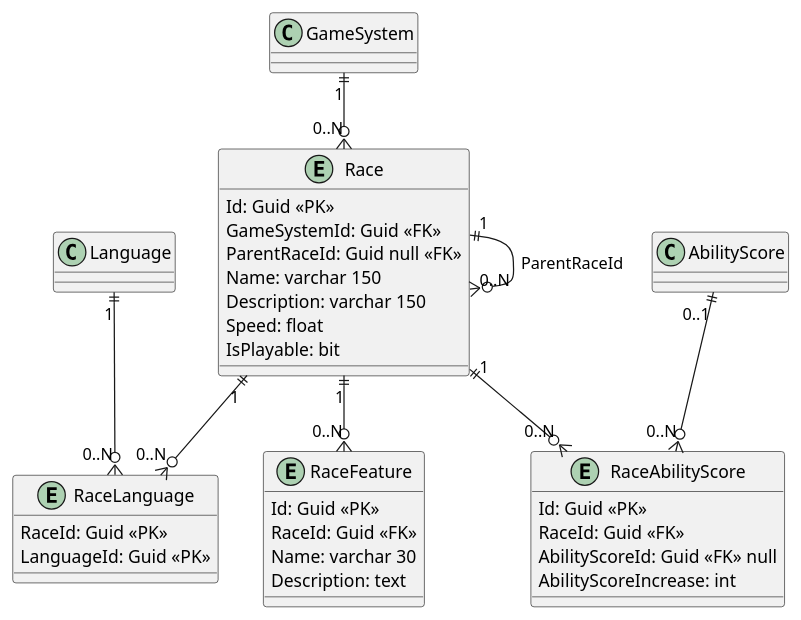
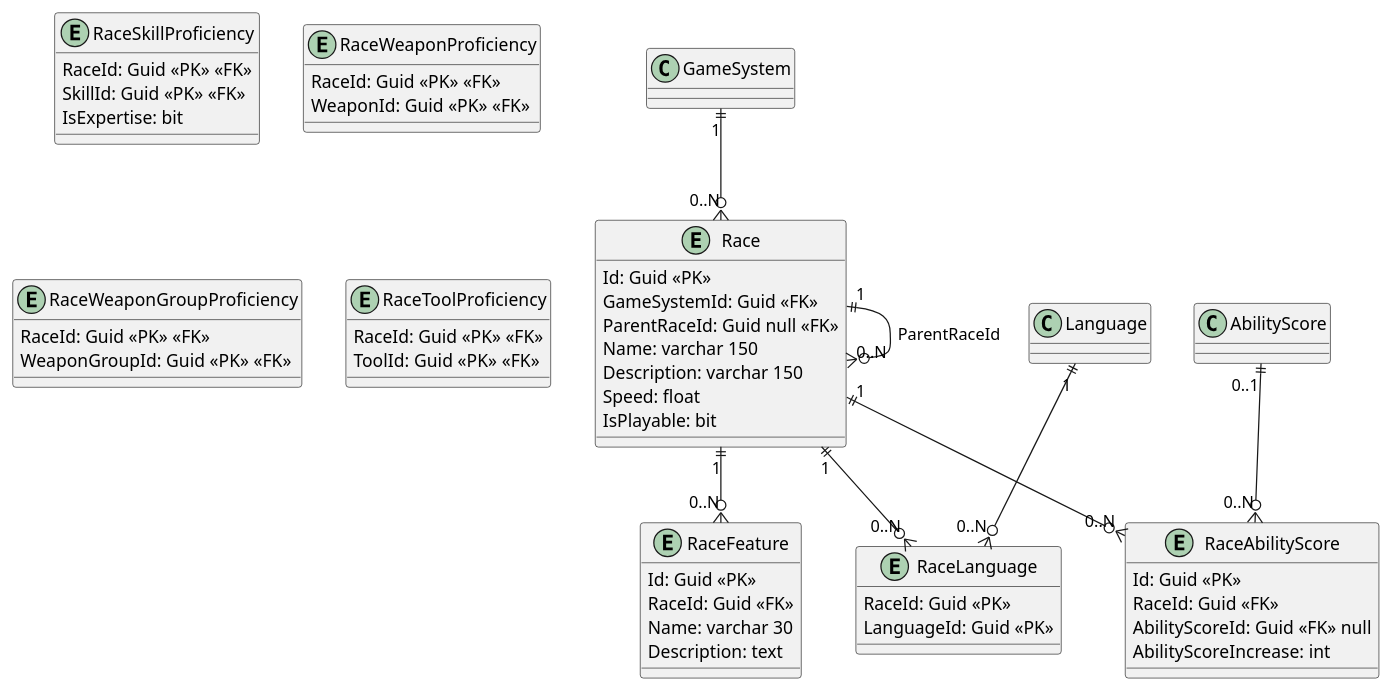
The diagram in Diagrams/Race_Diagram.puml (LucasZottis/RPGManager), drawn with PlantUML before and after one commit. The commit also changed 61 other files, not shown here.

```diff
--- a/Diagrams/Race_Diagram.puml
+++ b/Diagrams/Race_Diagram.puml
@@ -1,85 +1,88 @@
 @startuml Race_Diagram.puml
 entity Race {
     Id: Guid <<PK>>
     GameSystemId: Guid <<FK>>
     ParentRaceId: Guid null <<FK>>
     Name: varchar 150
     Description: varchar 150
     Speed: float
     IsPlayable: bit
 }
 
 entity RaceLanguage {
     RaceId: Guid <<PK>>
     LanguageId: Guid <<PK>>
 }
 
 entity RaceAbilityScore {
     Id: Guid <<PK>>
     RaceId: Guid <<FK>>
     AbilityScoreId: Guid <<FK>> null
     AbilityScoreIncrease: int
 }
 
 entity RaceFeature {
     Id: Guid <<PK>>
     RaceId: Guid <<FK>>
     Name: varchar 30
     Description: text
 }
 
-'entity RaceWeaponSkill {
-'    RaceId: Guid <<PK>> <<FK>>
-'    WeaponSkillId: Guid <<PK>> <<FK>>
-'    IsExpertise: bit
-'}
+entity RaceSkillProficiency {
+    RaceId: Guid <<PK>> <<FK>>
+    SkillId: Guid <<PK>> <<FK>>
+    IsExpertise: bit
+}
 
-'entity RaceSkill {
-'    RaceId: Guid <<PK>> <<FK>>
-'    SkillId: Guid <<PK>> <<FK>>
-'    IsExpertise: bit
-'}
+entity RaceWeaponProficiency {
+    RaceId: Guid <<PK>> <<FK>>
+    WeaponId: Guid <<PK>> <<FK>>
+}
 
-'entity RaceToolSkill {
-'    RaceId: Guid <<PK>> <<FK>>
-'    ToolSkillId: Guid <<PK>> <<FK>>
-'    IsExpertise: bit
-'}
+entity RaceWeaponGroupProficiency {
+    RaceId: Guid <<PK>> <<FK>>
+    WeaponGroupId: Guid <<PK>> <<FK>>
+}
+
+entity RaceToolProficiency {
+    RaceId: Guid <<PK>> <<FK>>
+    ToolId: Guid <<PK>> <<FK>>
+}
 
 'entity RaceTrick {
 '    RaceId: Guid <<PK>> <<FK>>
 '    TrickId: Guid <<PK>> <<FK>>
 '}
 
 'entity RaceSpell {
 '    RaceId: Guid <<PK>> <<FK>>
 '    SpellId: Guid <<PK>> <<FK>>
 '}
 
 GameSystem "1" ||--o{ "0..N" Race
 
 Race "1" ||--o{ "0..N" Race : ParentRaceId
 
 Race "1" ||--o{ "0..N" RaceLanguage
 Language "1" ||--o{ "0..N" RaceLanguage
 
 Race "1" ||--o{ "0..N" RaceAbilityScore
 AbilityScore "0..1" ||--o{ "0..N" RaceAbilityScore
 
 Race "1" ||--o{ "0..N" RaceFeature
 
 'Race -- RaceWeaponSkill
 'WeaponSkill -- RaceWeaponSkill
 
 'Race -- RaceSkill
 'Skill -- RaceSkill
 
 'Race -- RaceToolSkill
 'ToolSkill -- RaceToolSkill
 
 'Race -- RaceTrick
 'Trick -- RaceTrick
 
 'Race -- RaceSpell
 'Spell -- RaceSpell
 @enduml
```
